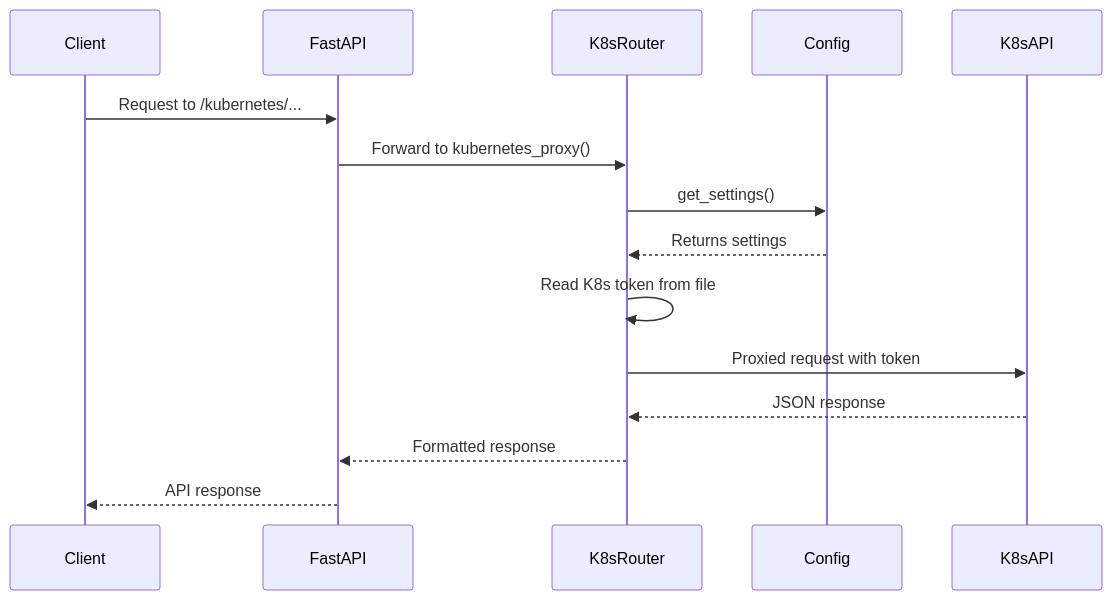
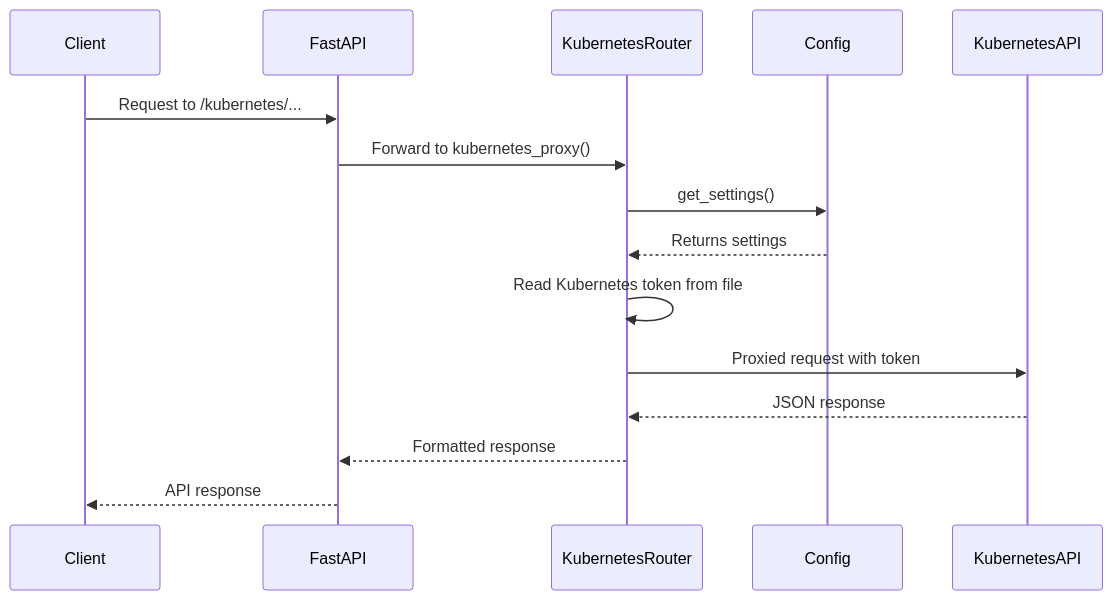
The diagram in fastapi/mermaid/kubernetes-proxy-sequence.mermaid (lloydchang/tvp-k8s), drawn with Mermaid before and after one commit. The commit also changed 12 other files, not shown here.

```diff
--- a/fastapi/mermaid/kubernetes-proxy-sequence.mermaid
+++ b/fastapi/mermaid/kubernetes-proxy-sequence.mermaid
@@ -1,17 +1,17 @@
 sequenceDiagram
     participant Client
     participant FastAPI
-    participant K8sRouter
+    participant KubernetesRouter
     participant Config
-    participant K8sAPI
+    participant KubernetesAPI
     
     Client->>FastAPI: Request to /kubernetes/...
-    FastAPI->>K8sRouter: Forward to kubernetes_proxy()
-    K8sRouter->>Config: get_settings()
-    Config-->>K8sRouter: Returns settings
+    FastAPI->>KubernetesRouter: Forward to kubernetes_proxy()
+    KubernetesRouter->>Config: get_settings()
+    Config-->>KubernetesRouter: Returns settings
     
-    K8sRouter->>K8sRouter: Read K8s token from file
-    K8sRouter->>K8sAPI: Proxied request with token
-    K8sAPI-->>K8sRouter: JSON response
-    K8sRouter-->>FastAPI: Formatted response
+    KubernetesRouter->>KubernetesRouter: Read Kubernetes token from file
+    KubernetesRouter->>KubernetesAPI: Proxied request with token
+    KubernetesAPI-->>KubernetesRouter: JSON response
+    KubernetesRouter-->>FastAPI: Formatted response
     FastAPI-->>Client: API response
```
